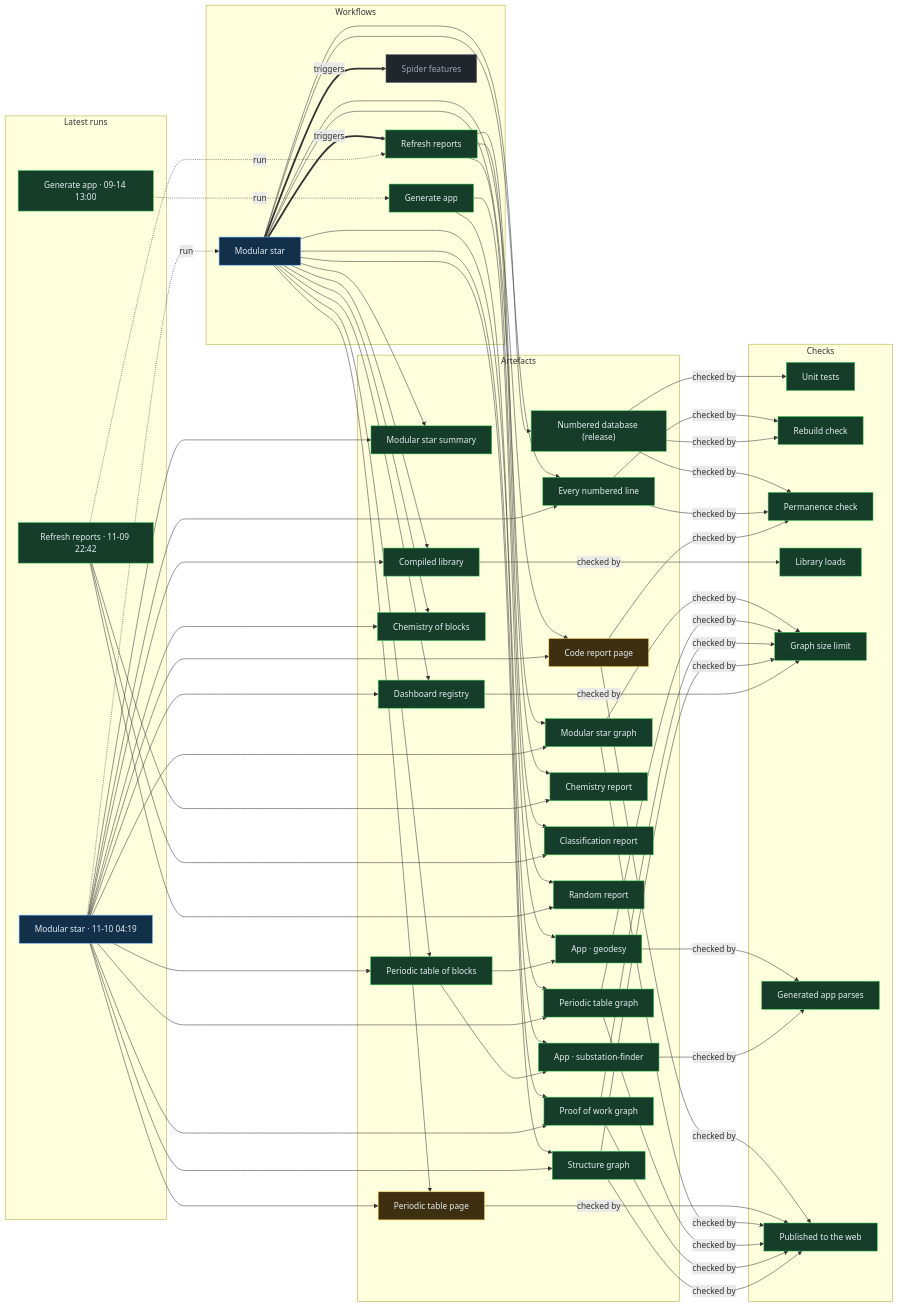
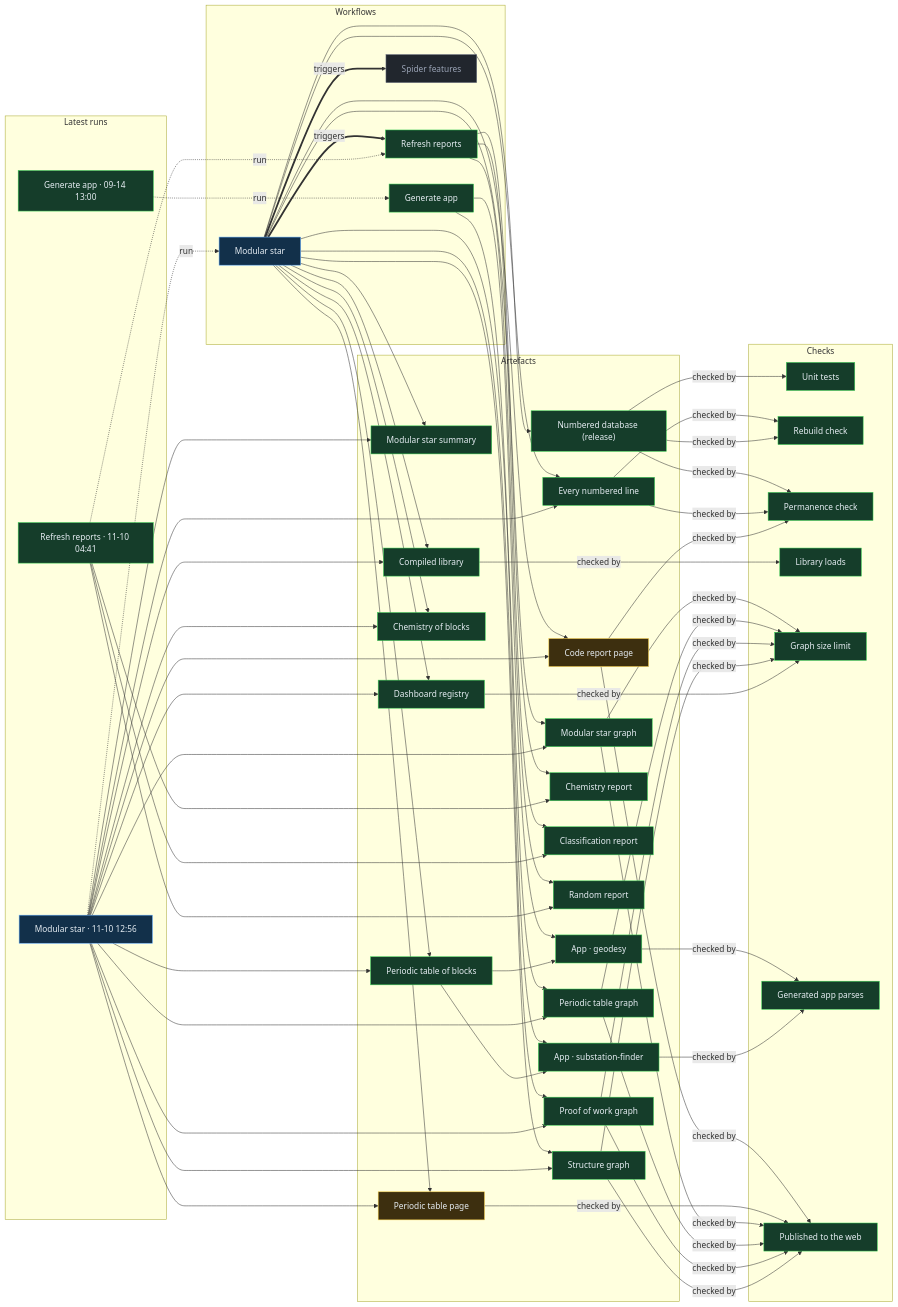
The diagram in proof/PROOF.md (Ventusltd/stars), drawn with Mermaid before and after one commit. The commit also changed other lines of this file and 51 other files, not shown here.

Commit message:
Modular star 2026-11-10T12:58Z

```diff
--- a/proof/PROOF.md
+++ b/proof/PROOF.md
@@ -24,8 +24,8 @@
   n_wf_spider_features["Spider features"]:::off
   end
   subgraph g_runs["Latest runs"]
-  n_run_42755103940["Modular star · 11-10 04:19"]:::live
-  n_run_42714332921["Refresh reports · 11-09 22:42"]:::ok
+  n_run_42819994025["Modular star · 11-10 12:56"]:::live
+  n_run_42757411518["Refresh reports · 11-10 04:41"]:::ok
   n_run_34846587798["Generate app · 09-14 13:00"]:::ok
   end
   subgraph g_artefacts["Artefacts"]
@@ -59,39 +59,39 @@
   end
   n_wf_modular_star == triggers ==> n_wf_refresh
   n_wf_modular_star == triggers ==> n_wf_spider_features
-  n_run_42755103940 -. run .-> n_wf_modular_star
-  n_run_42714332921 -. run .-> n_wf_refresh
+  n_run_42819994025 -. run .-> n_wf_modular_star
+  n_run_42757411518 -. run .-> n_wf_refresh
   n_run_34846587798 -. run .-> n_wf_generate
   n_wf_modular_star --> n_art_summary
-  n_run_42755103940 --> n_art_summary
+  n_run_42819994025 --> n_art_summary
   n_wf_modular_star --> n_art_lines
-  n_run_42755103940 --> n_art_lines
+  n_run_42819994025 --> n_art_lines
   n_wf_modular_star --> n_art_code
-  n_run_42755103940 --> n_art_code
+  n_run_42819994025 --> n_art_code
   n_wf_modular_star --> n_art_modular_graph
-  n_run_42755103940 --> n_art_modular_graph
+  n_run_42819994025 --> n_art_modular_graph
   n_wf_modular_star --> n_art_blocks
-  n_run_42755103940 --> n_art_blocks
+  n_run_42819994025 --> n_art_blocks
   n_wf_modular_star --> n_art_table
-  n_run_42755103940 --> n_art_table
+  n_run_42819994025 --> n_art_table
   n_wf_modular_star --> n_art_blocks_graph
-  n_run_42755103940 --> n_art_blocks_graph
+  n_run_42819994025 --> n_art_blocks_graph
   n_wf_modular_star --> n_art_reactions
-  n_run_42755103940 --> n_art_reactions
+  n_run_42819994025 --> n_art_reactions
   n_wf_modular_star --> n_art_library
-  n_run_42755103940 --> n_art_library
+  n_run_42819994025 --> n_art_library
   n_wf_modular_star --> n_art_features
-  n_run_42755103940 --> n_art_features
+  n_run_42819994025 --> n_art_features
   n_wf_modular_star --> n_art_proof
-  n_run_42755103940 --> n_art_proof
+  n_run_42819994025 --> n_art_proof
   n_wf_modular_star --> n_art_structure
-  n_run_42755103940 --> n_art_structure
+  n_run_42819994025 --> n_art_structure
   n_wf_refresh --> n_art_chemistry
-  n_run_42714332921 --> n_art_chemistry
+  n_run_42757411518 --> n_art_chemistry
   n_wf_refresh --> n_art_vedic
-  n_run_42714332921 --> n_art_vedic
+  n_run_42757411518 --> n_art_vedic
   n_wf_refresh --> n_art_random
-  n_run_42714332921 --> n_art_random
+  n_run_42757411518 --> n_art_random
   n_wf_modular_star --> n_art_release
   n_wf_generate --> n_app_geodesy
   n_art_blocks --> n_app_geodesy
```
